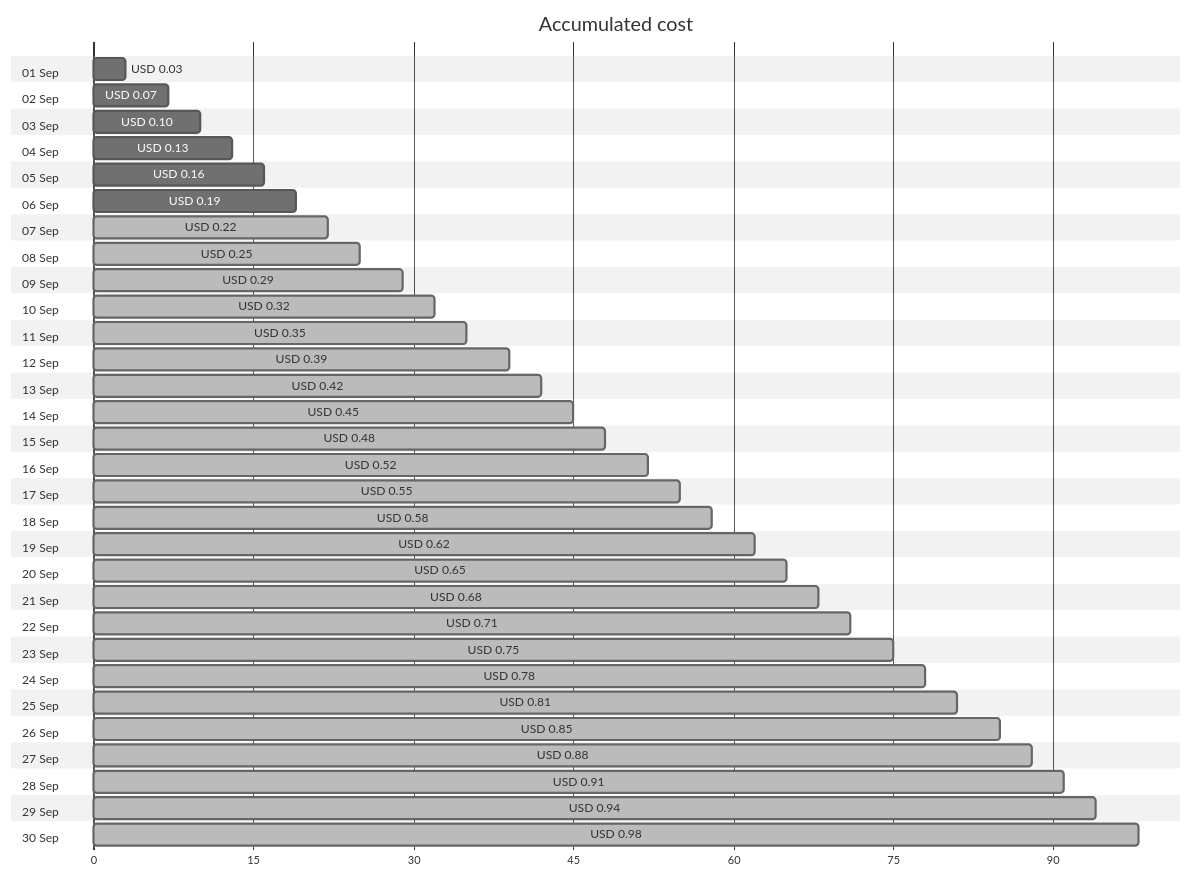
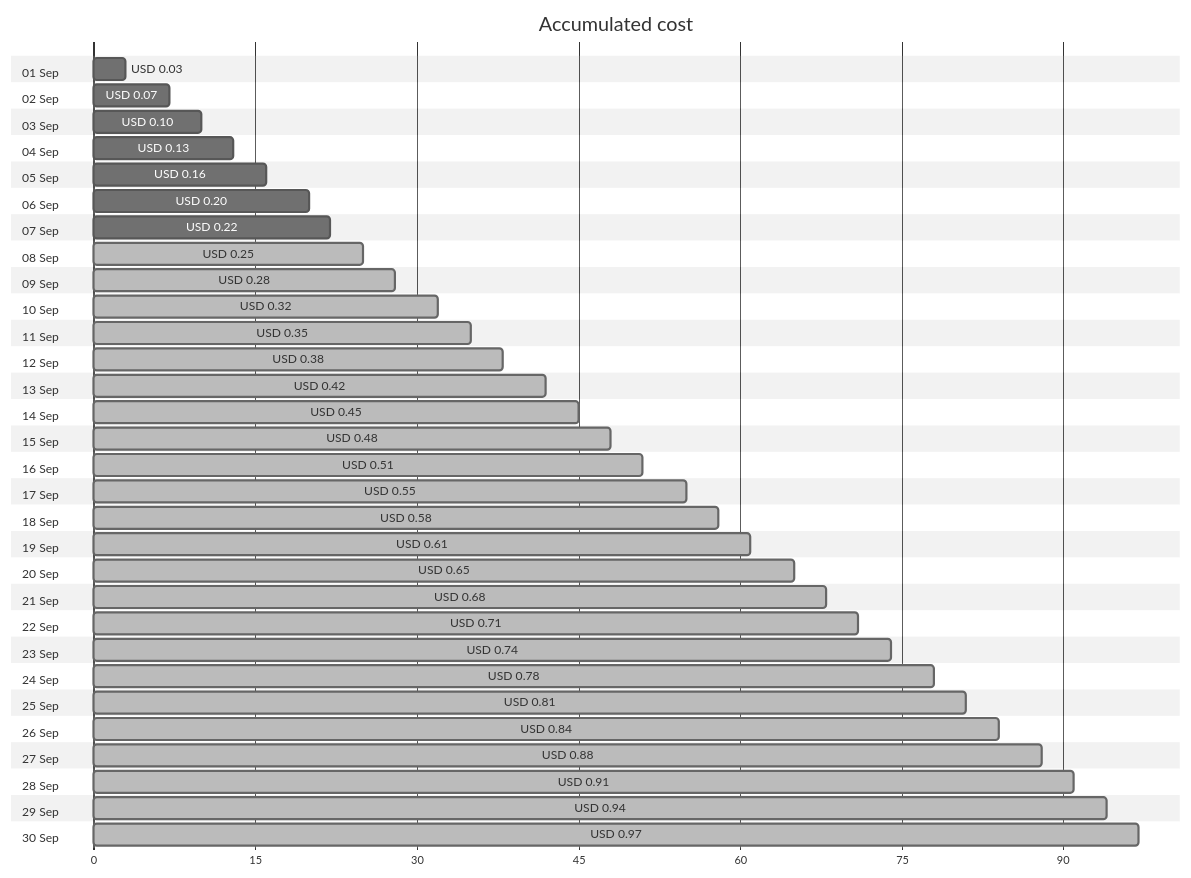
The first of 4 diagrams in cost-reports/personal-dns/README.md (jpfulton/azure-personal-reports), drawn with Mermaid (neutral theme) before and after one commit. The commit also changed other lines of this file and 2 other files, not shown here.

````diff
--- a/cost-reports/personal-dns/README.md
+++ b/cost-reports/personal-dns/README.md
@@ -20,66 +20,66 @@
 ```mermaid
 gantt
    title Accumulated cost
    dateFormat  X
    axisFormat %s
    section 01 Sep
    USD 0.03 :0, 3
    section 02 Sep
    USD 0.07 :0, 7
    section 03 Sep
    USD 0.10 :0, 10
    section 04 Sep
    USD 0.13 :0, 13
    section 05 Sep
    USD 0.16 :0, 16
    section 06 Sep
-   USD 0.19 :0, 19
+   USD 0.20 :0, 20
    section 07 Sep
-   USD 0.22 : done, 0, 22
+   USD 0.22 :0, 22
    section 08 Sep
    USD 0.25 : done, 0, 25
    section 09 Sep
-   USD 0.29 : done, 0, 29
+   USD 0.28 : done, 0, 28
    section 10 Sep
    USD 0.32 : done, 0, 32
    section 11 Sep
    USD 0.35 : done, 0, 35
    section 12 Sep
-   USD 0.39 : done, 0, 39
+   USD 0.38 : done, 0, 38
    section 13 Sep
    USD 0.42 : done, 0, 42
    section 14 Sep
    USD 0.45 : done, 0, 45
    section 15 Sep
    USD 0.48 : done, 0, 48
    section 16 Sep
-   USD 0.52 : done, 0, 52
+   USD 0.51 : done, 0, 51
    section 17 Sep
    USD 0.55 : done, 0, 55
    section 18 Sep
    USD 0.58 : done, 0, 58
    section 19 Sep
-   USD 0.62 : done, 0, 62
+   USD 0.61 : done, 0, 61
    section 20 Sep
    USD 0.65 : done, 0, 65
    section 21 Sep
    USD 0.68 : done, 0, 68
    section 22 Sep
    USD 0.71 : done, 0, 71
    section 23 Sep
-   USD 0.75 : done, 0, 75
+   USD 0.74 : done, 0, 74
    section 24 Sep
    USD 0.78 : done, 0, 78
    section 25 Sep
    USD 0.81 : done, 0, 81
    section 26 Sep
-   USD 0.85 : done, 0, 85
+   USD 0.84 : done, 0, 84
    section 27 Sep
    USD 0.88 : done, 0, 88
    section 28 Sep
    USD 0.91 : done, 0, 91
    section 29 Sep
    USD 0.94 : done, 0, 94
    section 30 Sep
-   USD 0.98 : done, 0, 98
+   USD 0.97 : done, 0, 97
 ```
````
